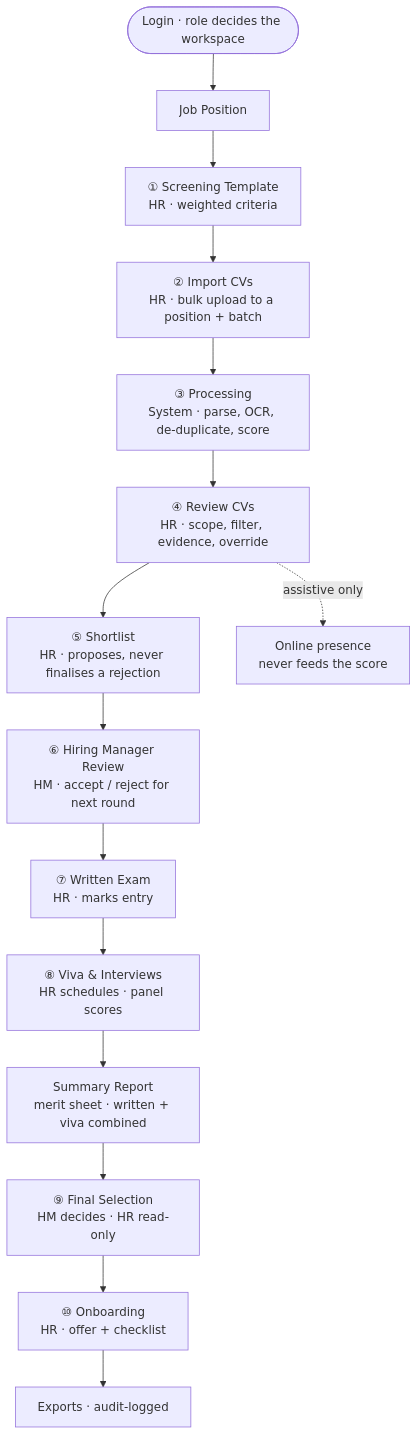
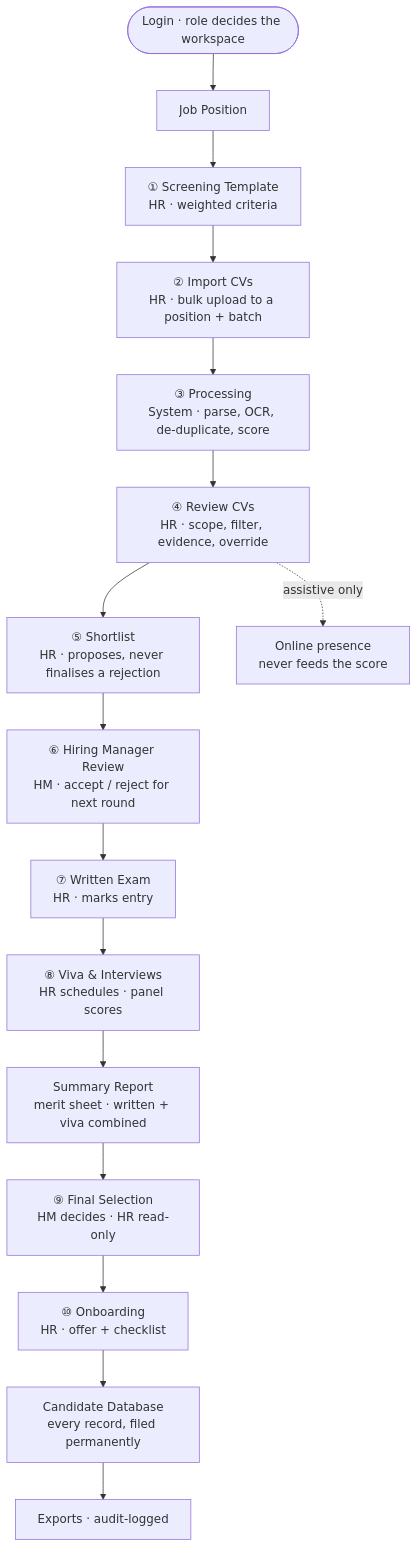
The diagram in README.md (sadiasajarun/Square_ATS), drawn with Mermaid before and after one commit. The commit also changed other lines of this file and 58 other files, not shown here.

First line of the commit message:
Add the Candidate Database (Talent & System)

````diff
--- a/README.md
+++ b/README.md
@@ -75,17 +76,18 @@
 ```mermaid
 flowchart TD
     L([Login · role decides the workspace]) --> P[Job Position]
     P --> S1["① Screening Template<br/>HR · weighted criteria"]
     S1 --> S2["② Import CVs<br/>HR · bulk upload to a position + batch"]
     S2 --> S3["③ Processing<br/>System · parse, OCR, de-duplicate, score"]
     S3 --> S4["④ Review CVs<br/>HR · scope, filter, evidence, override"]
     S4 --> S5["⑤ Shortlist<br/>HR · proposes, never finalises a rejection"]
     S5 --> S6["⑥ Hiring Manager Review<br/>HM · accept / reject for next round"]
     S6 --> S7["⑦ Written Exam<br/>HR · marks entry"]
     S7 --> S8["⑧ Viva & Interviews<br/>HR schedules · panel scores"]
     S8 --> SR["Summary Report<br/>merit sheet · written + viva combined"]
     SR --> S9["⑨ Final Selection<br/>HM decides · HR read-only"]
     S9 --> S10["⑩ Onboarding<br/>HR · offer + checklist"]
     S4 -. assistive only .-> OP["Online presence<br/>never feeds the score"]
-    S10 --> EX[Exports · audit-logged]
+    S10 --> DBX["Candidate Database<br/>every record, filed permanently"]
+    DBX --> EX[Exports · audit-logged]
 ```
````
